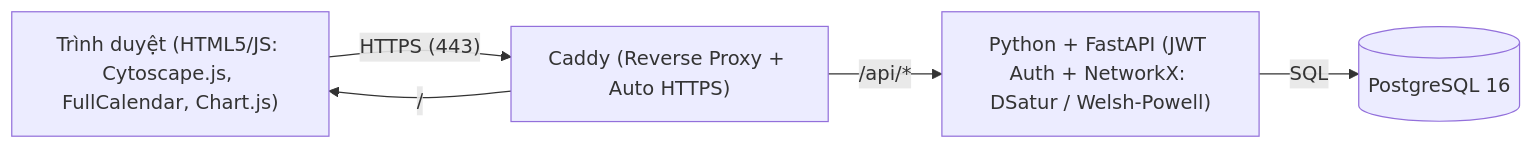
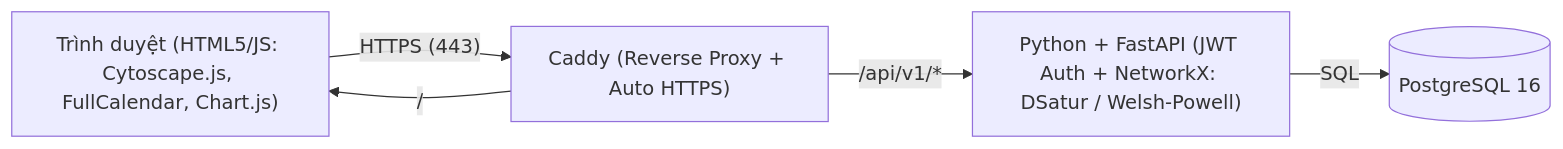
The diagram in docs/07. Technology stack.md (phattvh/GraphTheory_HTTPS), drawn with Mermaid before and after one commit. The commit also changed other lines of this file and 3 other files, not shown here.

````diff
--- a/docs/07. Technology stack.md
+++ b/docs/07. Technology stack.md
@@ -9,12 +9,12 @@
 ```mermaid
 flowchart LR
     Client["Trình duyệt (HTML5/JS: Cytoscape.js, FullCalendar, Chart.js)"]
     Caddy["Caddy (Reverse Proxy + Auto HTTPS)"]
     API["Python + FastAPI (JWT Auth + NetworkX: DSatur / Welsh-Powell)"]
     DB[("PostgreSQL 16")]
 
     Client -->|"HTTPS (443)"| Caddy
     Caddy -->|"/"| Client
-    Caddy -->|"/api/*"| API
+    Caddy -->|"/api/v1/*"| API
     API -->|"SQL"| DB
 ```
````
